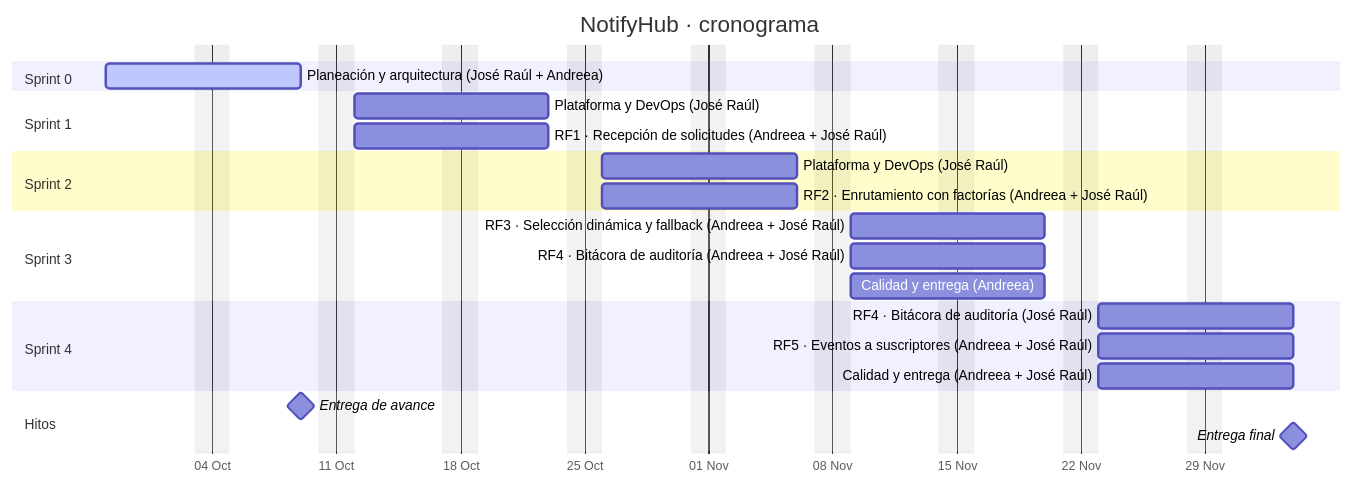
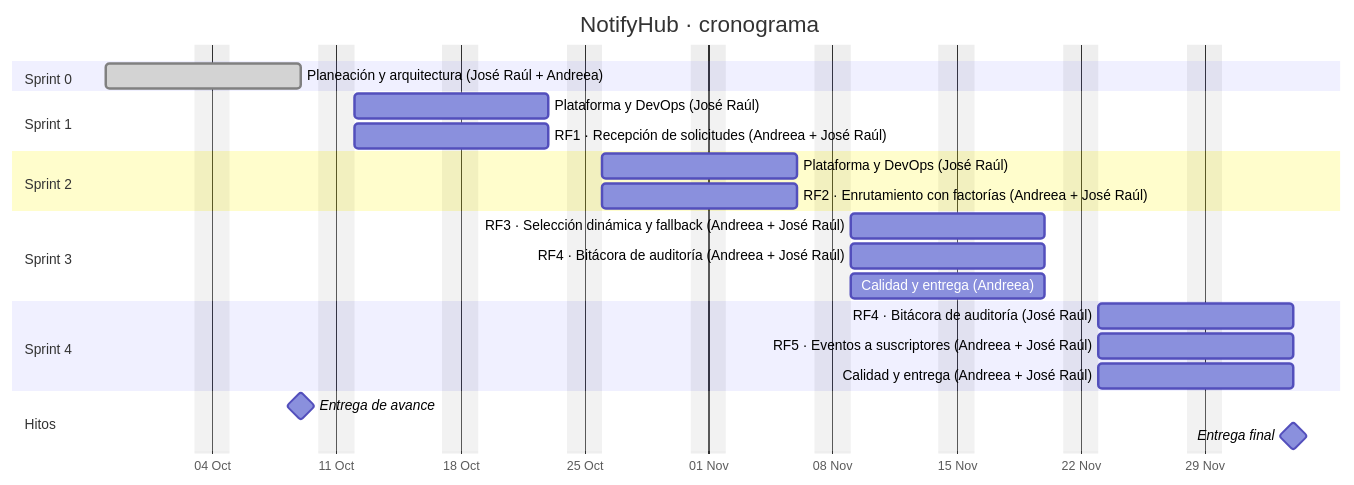
The diagram in docs/diagrams/00-cronograma.mmd (joseraulsoriano/notifyhub), drawn with Mermaid before and after one commit. The commit also changed 20 other files, not shown here.

First line of the commit message:
docs: diagramas exportados a imagen y embebidos en los .md

```diff
--- a/docs/diagrams/00-cronograma.mmd
+++ b/docs/diagrams/00-cronograma.mmd
@@ -1,24 +1,25 @@
 gantt
   title NotifyHub · cronograma
   dateFormat YYYY-MM-DD
   axisFormat %d %b
   excludes weekends
+  todayMarker off
   section Sprint 0
-  Planeación y arquitectura (José Raúl + Andreea) :active, 2026-09-28, 2026-10-09
+  Planeación y arquitectura (José Raúl + Andreea) :done, 2026-09-28, 2026-10-09
   section Sprint 1
   Plataforma y DevOps (José Raúl) :2026-10-12, 2026-10-23
   RF1 · Recepción de solicitudes (Andreea + José Raúl) :2026-10-12, 2026-10-23
   section Sprint 2
   Plataforma y DevOps (José Raúl) :2026-10-26, 2026-11-06
   RF2 · Enrutamiento con factorías (Andreea + José Raúl) :2026-10-26, 2026-11-06
   section Sprint 3
   RF3 · Selección dinámica y fallback (Andreea + José Raúl) :2026-11-09, 2026-11-20
   RF4 · Bitácora de auditoría (Andreea + José Raúl) :2026-11-09, 2026-11-20
   Calidad y entrega (Andreea) :2026-11-09, 2026-11-20
   section Sprint 4
   RF4 · Bitácora de auditoría (José Raúl) :2026-11-23, 2026-12-04
   RF5 · Eventos a suscriptores (Andreea + José Raúl) :2026-11-23, 2026-12-04
   Calidad y entrega (Andreea + José Raúl) :2026-11-23, 2026-12-04
   section Hitos
   Entrega de avance :milestone, 2026-10-09, 0d
   Entrega final :milestone, 2026-12-04, 0d
```
